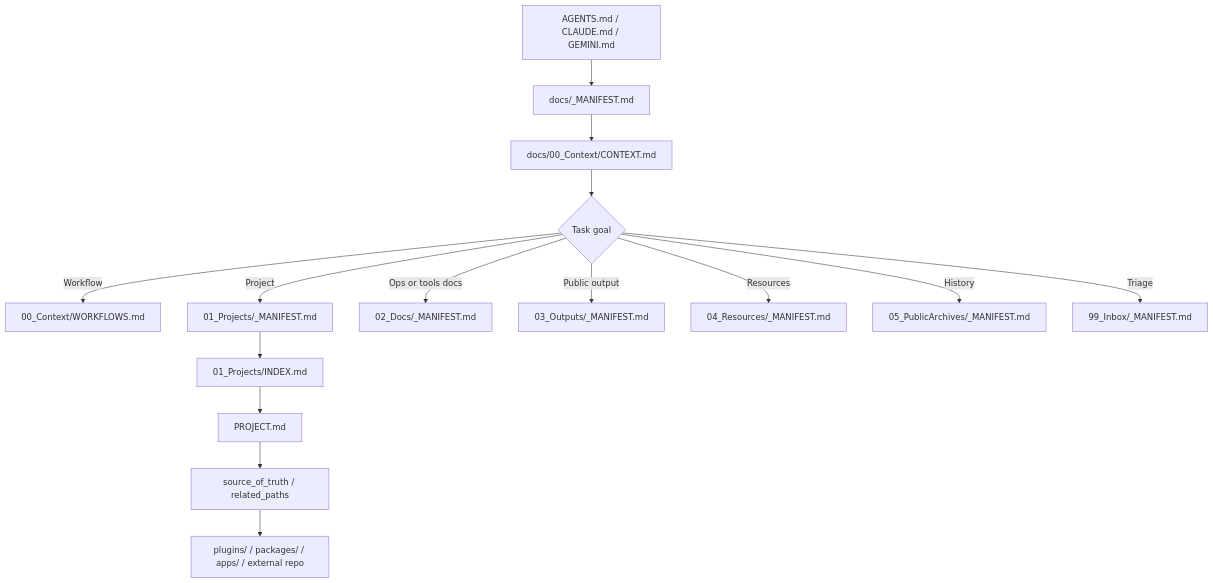
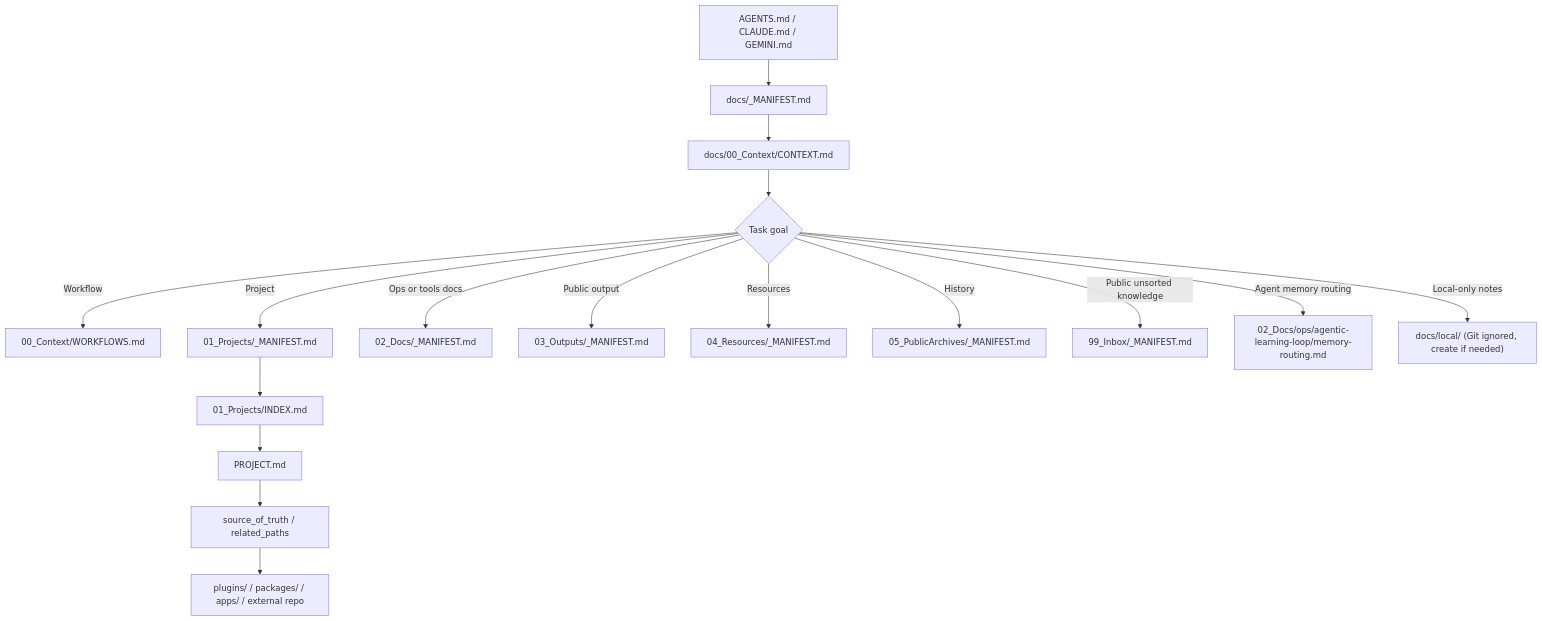
One commit to oyasaiserver/platform changed the diagram in docs/00_Context/CONTEXT.md. Above: the diagram before and after it, drawn with Mermaid. The commit also changed other lines of this file and 14 other files, not shown here.

Commit message:
docs: add agent knowledge routing framework

````diff
--- a/docs/00_Context/CONTEXT.md
+++ b/docs/00_Context/CONTEXT.md
@@ -89,17 +92,19 @@
 ```mermaid
 flowchart TD
   Entry["AGENTS.md / CLAUDE.md / GEMINI.md"] --> Manifest["docs/_MANIFEST.md"]
   Manifest --> Context["docs/00_Context/CONTEXT.md"]
   Context --> Goal{"Task goal"}
   Goal -->|Workflow| Workflows["00_Context/WORKFLOWS.md"]
   Goal -->|Project| ProjectManifest["01_Projects/_MANIFEST.md"]
   Goal -->|Ops or tools docs| DocsManifest["02_Docs/_MANIFEST.md"]
   Goal -->|Public output| OutputsManifest["03_Outputs/_MANIFEST.md"]
   Goal -->|Resources| ResourcesManifest["04_Resources/_MANIFEST.md"]
   Goal -->|History| PublicArchives["05_PublicArchives/_MANIFEST.md"]
-  Goal -->|Triage| Inbox["99_Inbox/_MANIFEST.md"]
+  Goal -->|Public unsorted knowledge| Inbox["99_Inbox/_MANIFEST.md"]
+  Goal -->|Agent memory routing| MemoryRouting["02_Docs/ops/agentic-learning-loop/memory-routing.md"]
+  Goal -->|Local-only notes| LocalDocs["docs/local/ (Git ignored, create if needed)"]
   ProjectManifest --> ProjectIndex["01_Projects/INDEX.md"]
   ProjectIndex --> Project["PROJECT.md"]
   Project --> Sot["source_of_truth / related_paths"]
   Sot --> Impl["plugins/ / packages/ / apps/ / external repo"]
 ```
````
